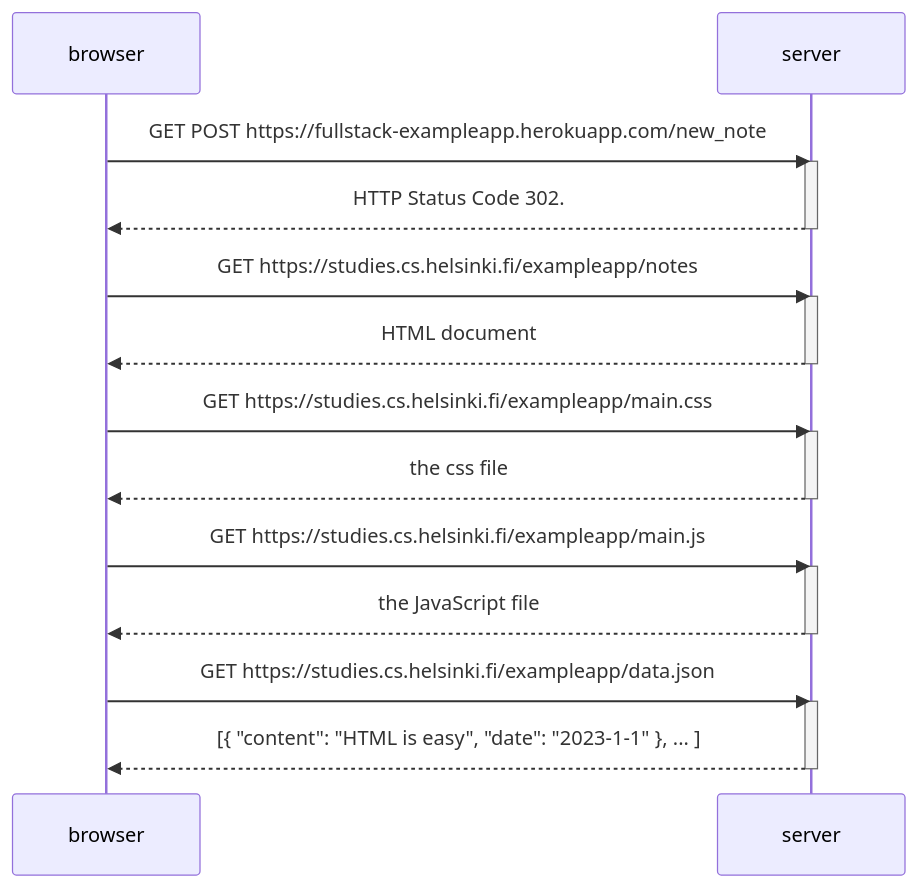
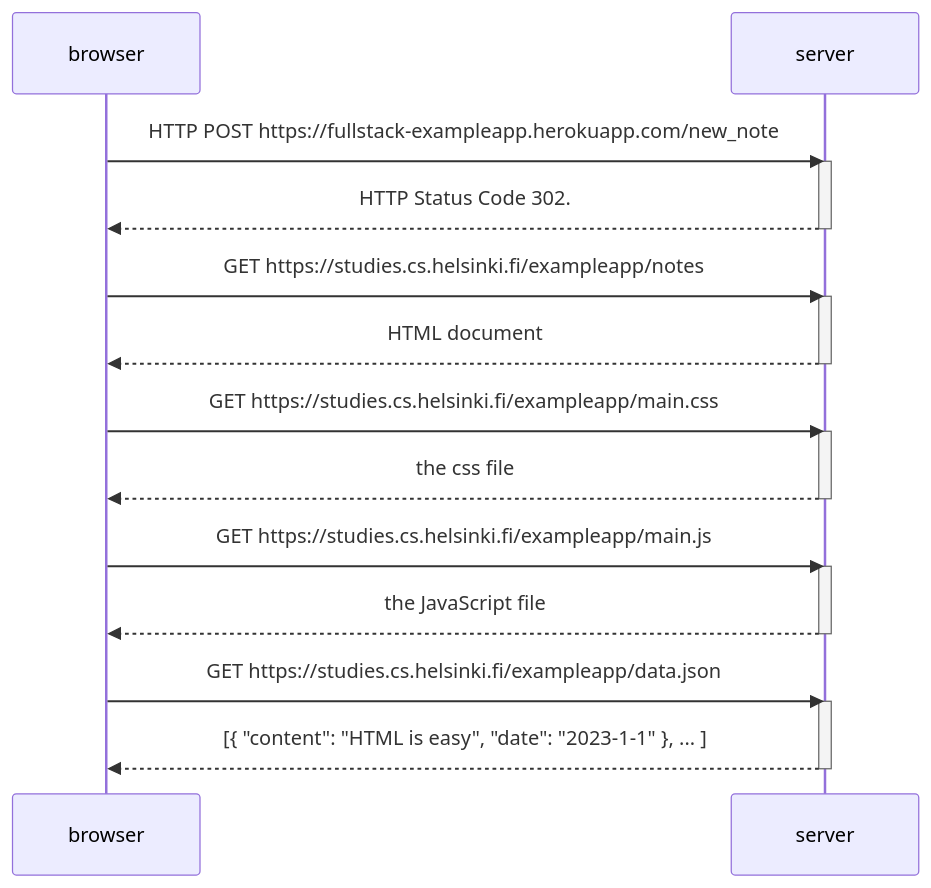
One commit to Kaabero/Fullstack changed the diagram in osa0/uusi_muistiinpano.md. Above: the diagram before and after it, drawn with Mermaid.

````diff
--- a/osa0/uusi_muistiinpano.md
+++ b/osa0/uusi_muistiinpano.md
@@ -2,31 +2,31 @@
 ```mermaid
 sequenceDiagram
     participant browser
     participant server
     
-    browser->>server: GET POST https://fullstack-exampleapp.herokuapp.com/new_note
+    browser->>server: HTTP POST https://fullstack-exampleapp.herokuapp.com/new_note
     activate server
     server-->>browser: HTTP Status Code 302. 
     deactivate server
     
     browser->>server: GET https://studies.cs.helsinki.fi/exampleapp/notes
     activate server
     server-->>browser: HTML document
     deactivate server
     
     browser->>server: GET https://studies.cs.helsinki.fi/exampleapp/main.css
     activate server
     server-->>browser: the css file
     deactivate server
     
     browser->>server: GET https://studies.cs.helsinki.fi/exampleapp/main.js
     activate server
     server-->>browser: the JavaScript file
     deactivate server
     
     browser->>server: GET https://studies.cs.helsinki.fi/exampleapp/data.json
     activate server
     server-->>browser: [{ "content": "HTML is easy", "date": "2023-1-1" }, ... ]
     deactivate server 
      
 ```
````
